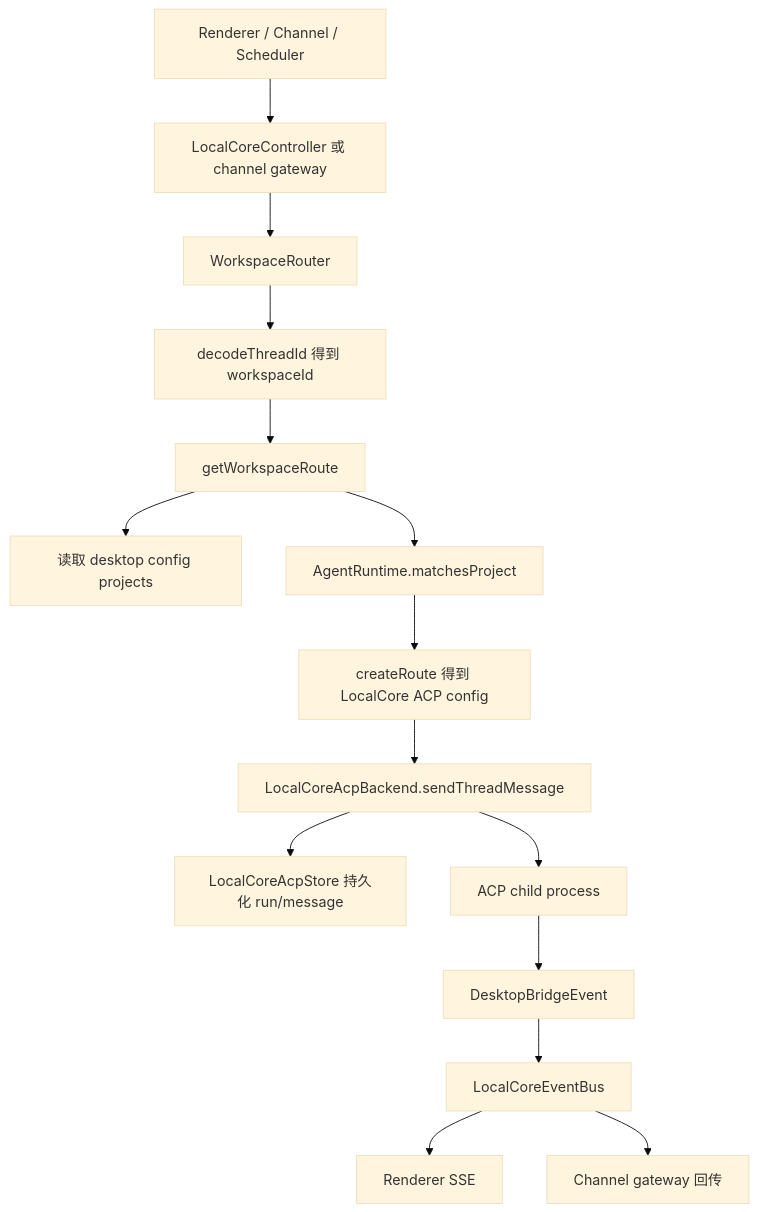
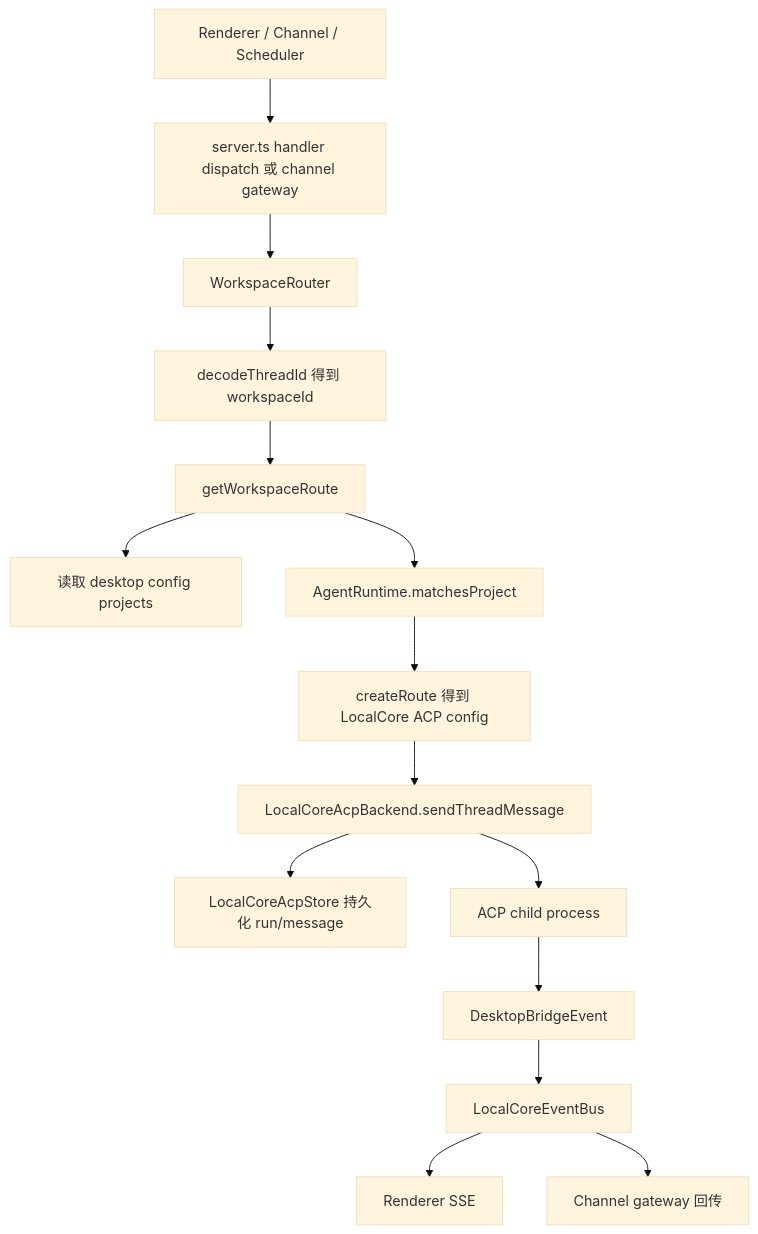
One commit to helloimcx/agentdock changed the first of 3 diagrams in docs/architecture/workspace-router.md. Above: the diagram before and after it, drawn with Mermaid (base theme). The commit also changed 6 other files, not shown here.

First line of the commit message:
docs: update architecture docs for recent refactoring

````diff
--- a/docs/architecture/workspace-router.md
+++ b/docs/architecture/workspace-router.md
@@ -17,17 +17,17 @@
 ```mermaid
 flowchart TD
-  Caller["Renderer / Channel / Scheduler"] --> API["LocalCoreController 或 channel gateway"]
+  Caller["Renderer / Channel / Scheduler"] --> API["server.ts handler dispatch 或 channel gateway"]
   API --> Router["WorkspaceRouter"]
   Router --> Decode["decodeThreadId 得到 workspaceId"]
   Decode --> Route["getWorkspaceRoute"]
   Route --> Config["读取 desktop config projects"]
   Route --> RuntimeMatch["AgentRuntime.matchesProject"]
   RuntimeMatch --> AcpRoute["createRoute 得到 LocalCore ACP config"]
   AcpRoute --> ACP["LocalCoreAcpBackend.sendThreadMessage"]
   ACP --> Store["LocalCoreAcpStore 持久化 run/message"]
   ACP --> Process["ACP child process"]
   Process --> Bridge["DesktopBridgeEvent"]
   Bridge --> Bus["LocalCoreEventBus"]
   Bus --> SSE["Renderer SSE"]
   Bus --> Gateways["Channel gateway 回传"]
 ```
````
